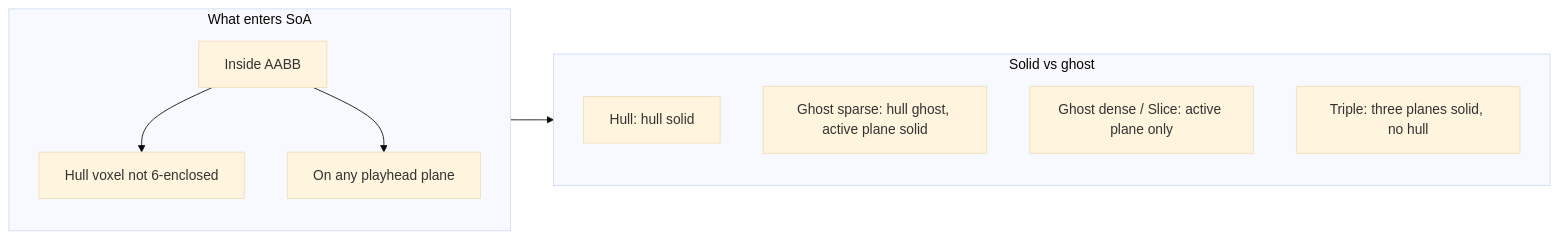
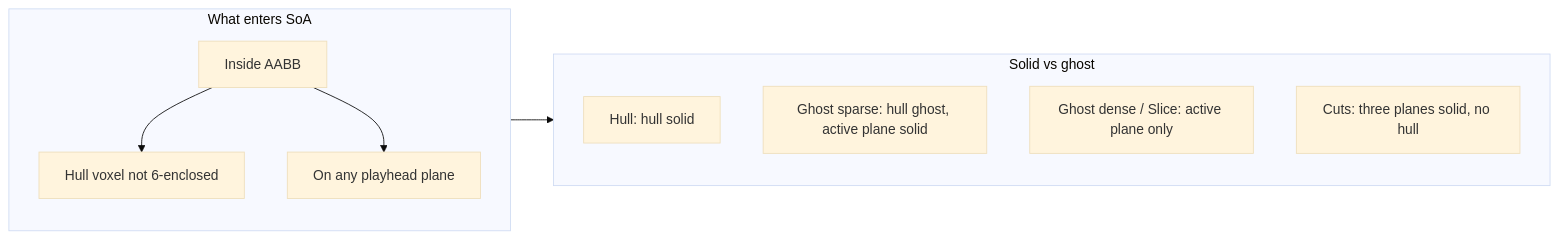
Diagram 16 of 30 in architecture.md (PiMaV/DONNER), drawn with Mermaid (base theme) before and after one commit. The commit also changed other lines of this file and 28 other files, not shown here.

````diff
--- a/architecture.md
+++ b/architecture.md
@@ -421,17 +429,17 @@
 ```mermaid
 flowchart LR
   subgraph emit [What enters SoA]
     inAabb[Inside AABB]
     hullVox[Hull voxel not 6-enclosed]
     onPlane[On any playhead plane]
     inAabb --> hullVox
     inAabb --> onPlane
   end
   subgraph draw [Solid vs ghost]
     hullMode[Hull: hull solid]
     ghostMode[Ghost sparse: hull ghost, active plane solid]
     sliceMode[Ghost dense / Slice: active plane only]
-    tripleMode[Triple: three planes solid, no hull]
+    tripleMode[Cuts: three planes solid, no hull]
   end
   emit --> draw
 ```
````
